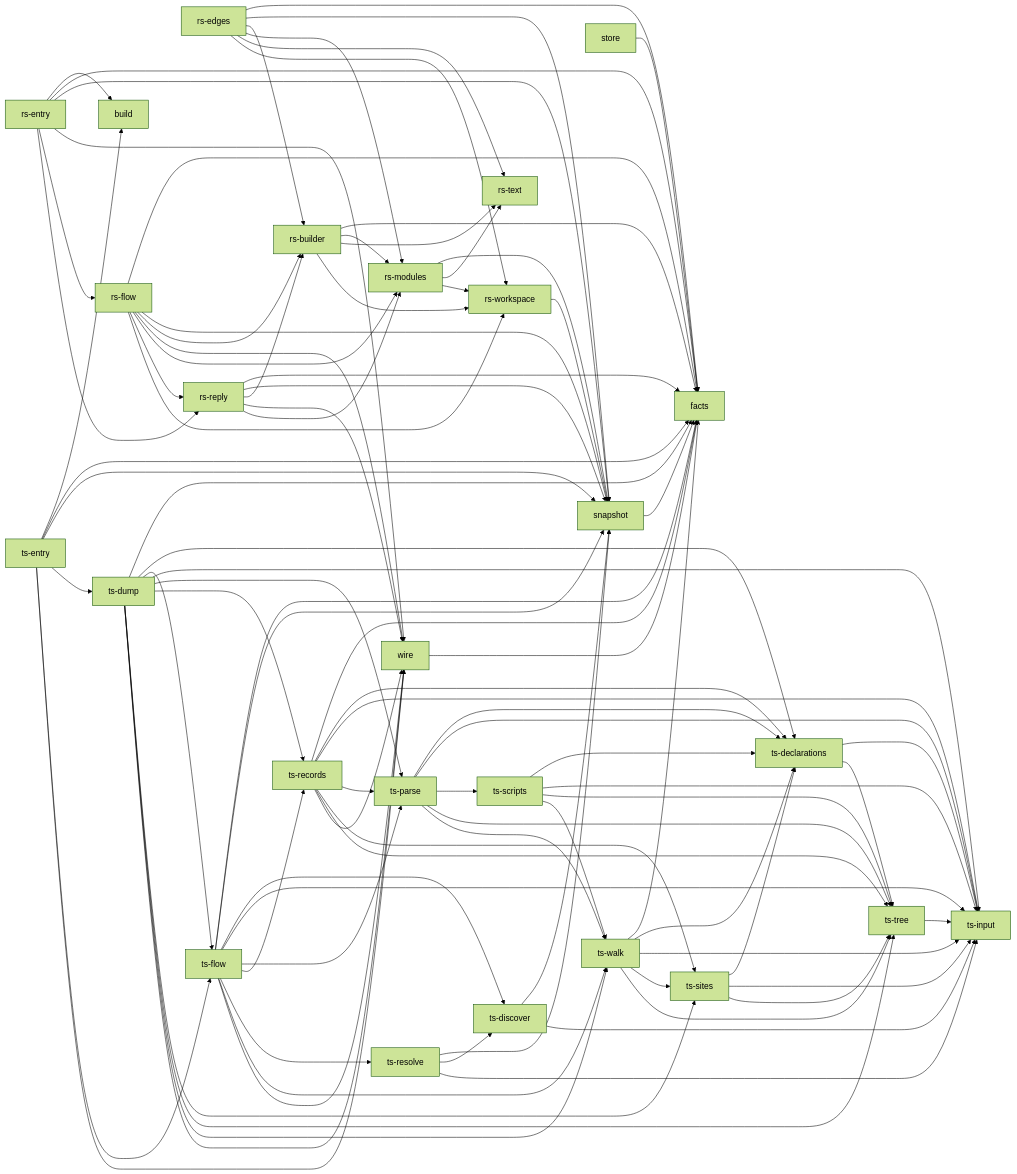
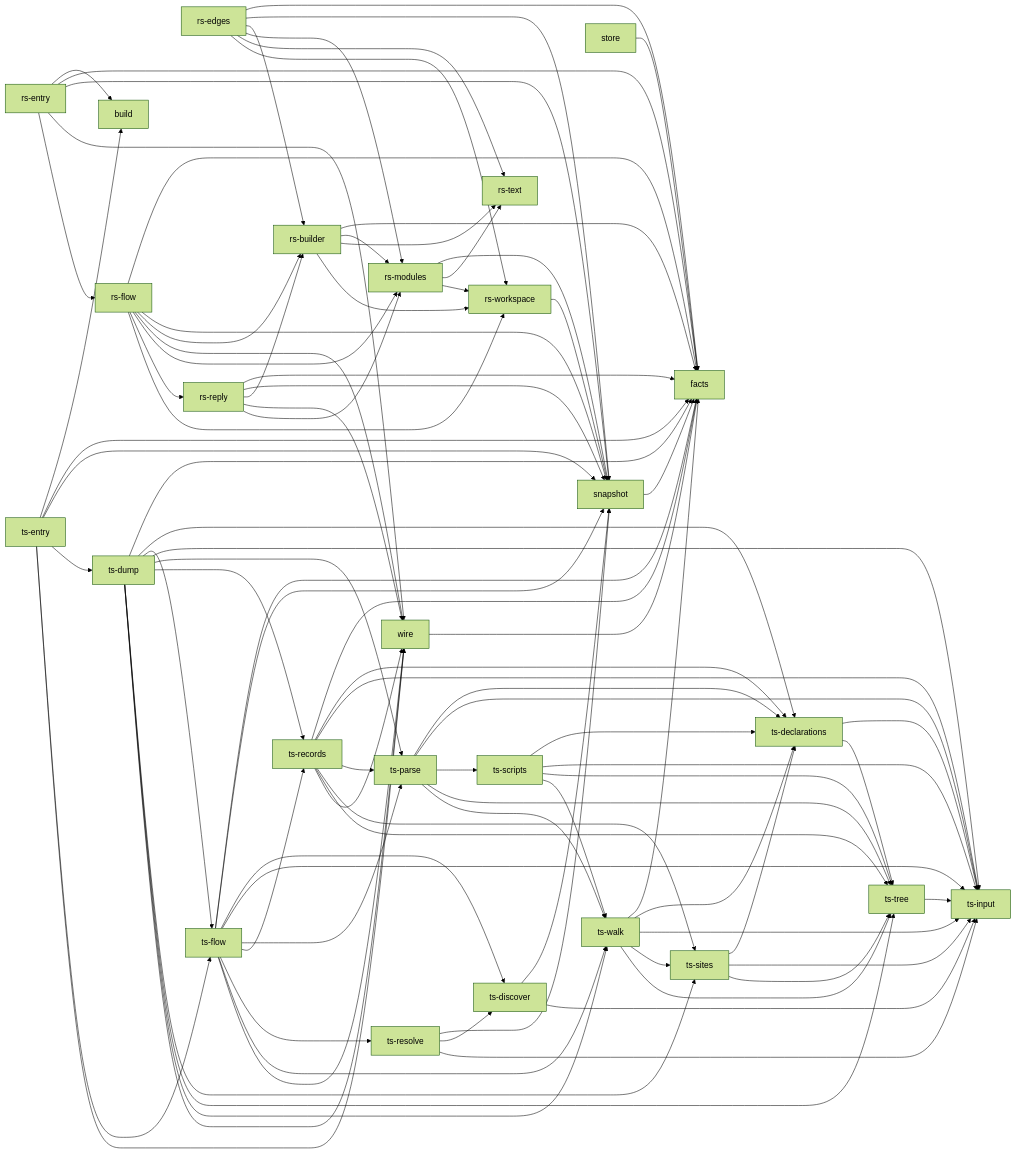
One commit to rapiddweller/archkeel changed the diagram in docs/architecture/native.md. Above: the diagram before and after it, drawn with Mermaid (forest theme). The commit also changed 3 other files, not shown here.

```diff
--- a/docs/architecture/native.md
+++ b/docs/architecture/native.md
@@ -131,7 +131,6 @@
     n_4 --> n_10
     n_4 --> n_25
     n_4 --> n_5
-    n_4 --> n_7
     n_5 --> n_1
     n_5 --> n_10
     n_5 --> n_2
```
